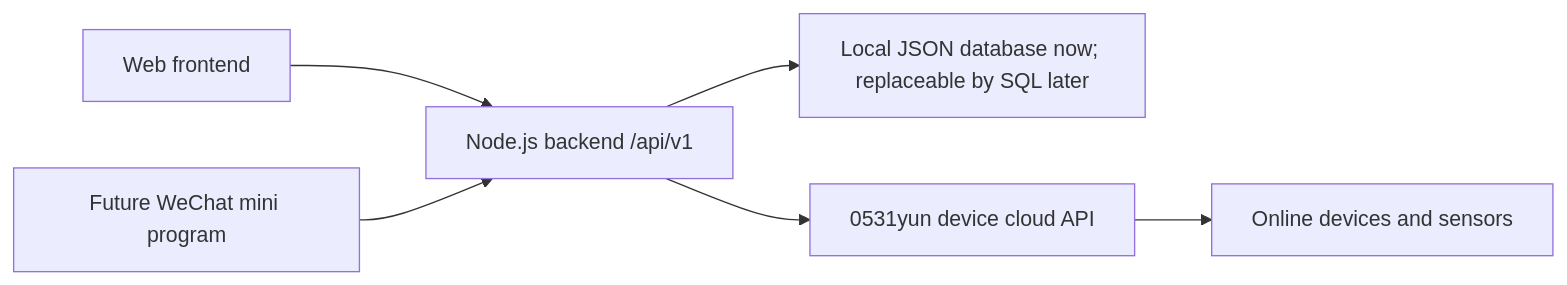
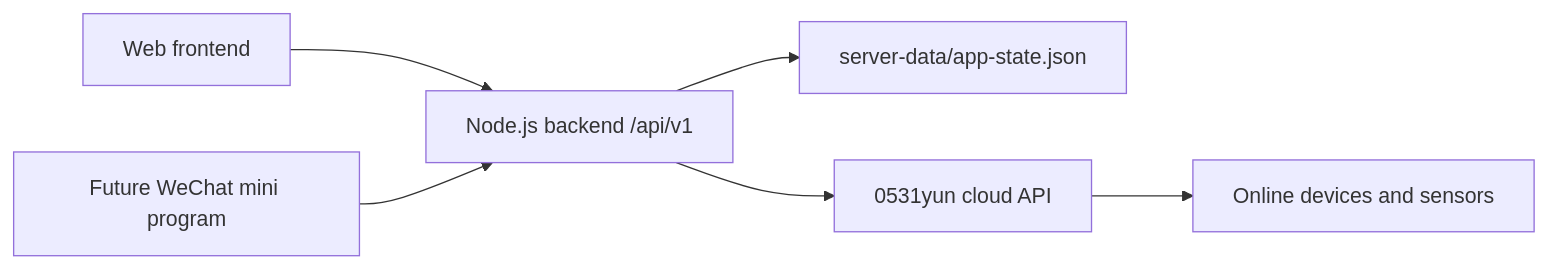
One commit to woodstock1111/agri-monitor changed the diagram in ARCHITECTURE.md. Above: the diagram before and after it, drawn with Mermaid. The commit also changed other lines of this file and 4 other files, not shown here.

Commit message:
Update architecture docs and device timestamp handling

````diff
--- a/ARCHITECTURE.md
+++ b/ARCHITECTURE.md
@@ -11,8 +11,8 @@
 ```mermaid
 flowchart LR
   Web["Web frontend"] --> API["Node.js backend /api/v1"]
   Mini["Future WeChat mini program"] --> API
-  API --> DB["Local JSON database now; replaceable by SQL later"]
-  API --> Cloud["0531yun device cloud API"]
-  Cloud --> Device["Online devices and sensors"]
+  API --> Store["server-data/app-state.json"]
+  API --> Cloud["0531yun cloud API"]
+  Cloud --> Devices["Online devices and sensors"]
 ```
````
